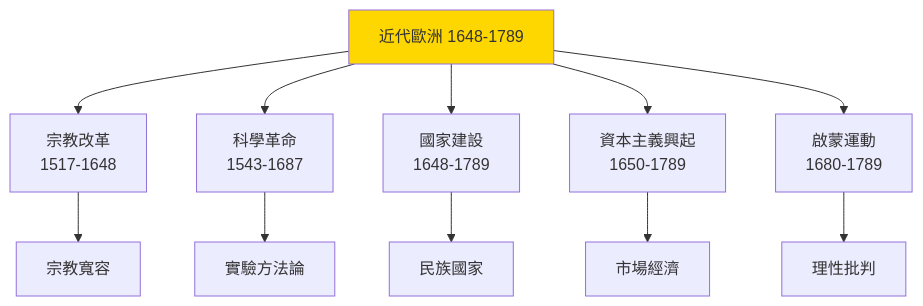
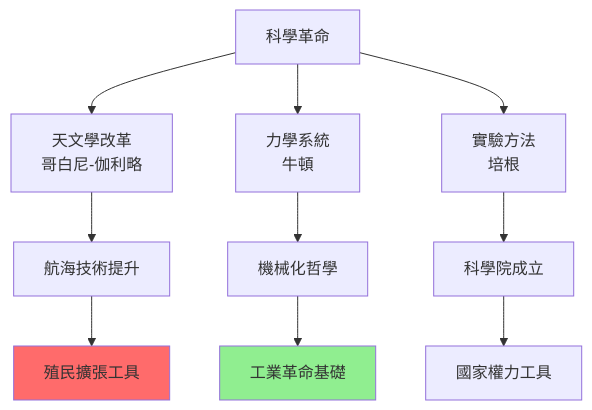
The second of 10 diagrams in 01_HKU_Courses/HIST2079_Early_modern_Europe.md (yip-lgtm/HKU-Harvard-History-Self-Study), drawn with Mermaid before and after one commit. The commit also changed other lines of this file and 25 other files, not shown here.

````diff
--- a/01_HKU_Courses/HIST2079_Early_modern_Europe.md
+++ b/01_HKU_Courses/HIST2079_Early_modern_Europe.md
@@ -141,14 +158,14 @@
 ```mermaid
 graph TD
-    A["近代歐洲 1648-1789"] --> B["宗教改革<br/>1517-1648"]
-    A --> C["科學革命<br/>1543-1687"]
-    A --> D["國家建設<br/>1648-1789"]
-    A --> E["資本主義興起<br/>1650-1789"]
-    A --> F["啟蒙運動<br/>1680-1789"]
-    B --> G["宗教寬容"]
-    C --> H["實驗方法論"]
-    D --> I["民族國家"]
-    E --> J["市場經濟"]
-    F --> K["理性批判"]
-    style A fill:#FFD700
+    A["科學革命"] --> B["天文學改革<br/>哥白尼-伽利略"]
+    A --> C["力學系統<br/>牛頓"]
+    A --> D["實驗方法<br/>培根"]
+    B --> E["航海技術提升"]
+    C --> F["機械化哲學"]
+    D --> G["科學院成立"]
+    E --> H["殖民擴張工具"]
+    F --> I["工業革命基礎"]
+    G --> J["國家權力工具"]
+    style H fill:#FF6B6B
+    style I fill:#90EE90
 ```
````
